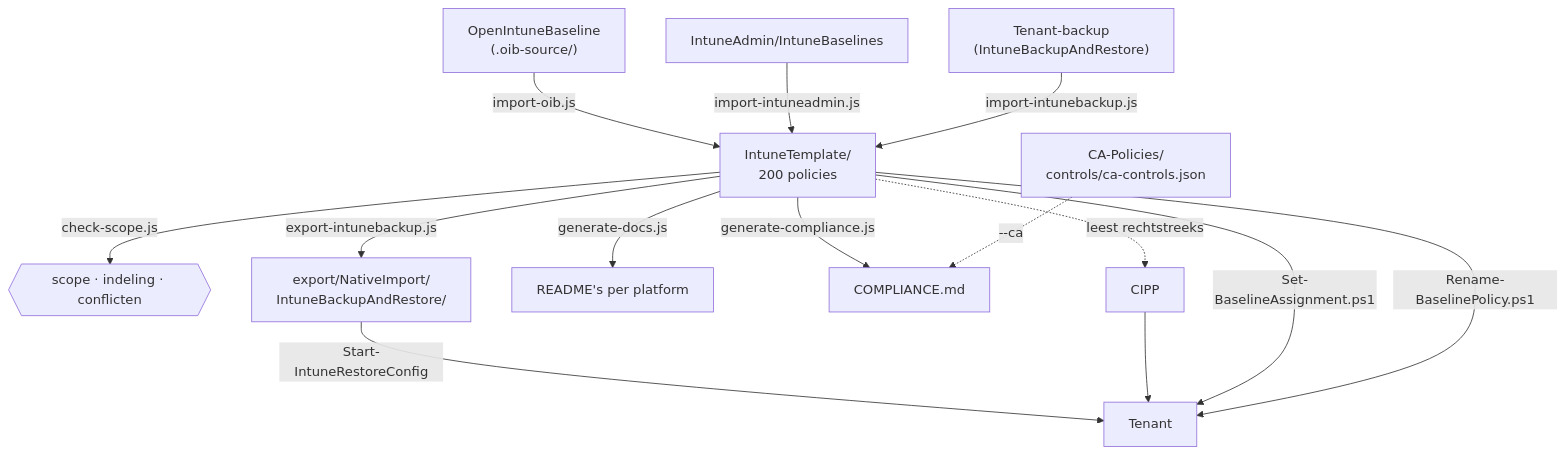
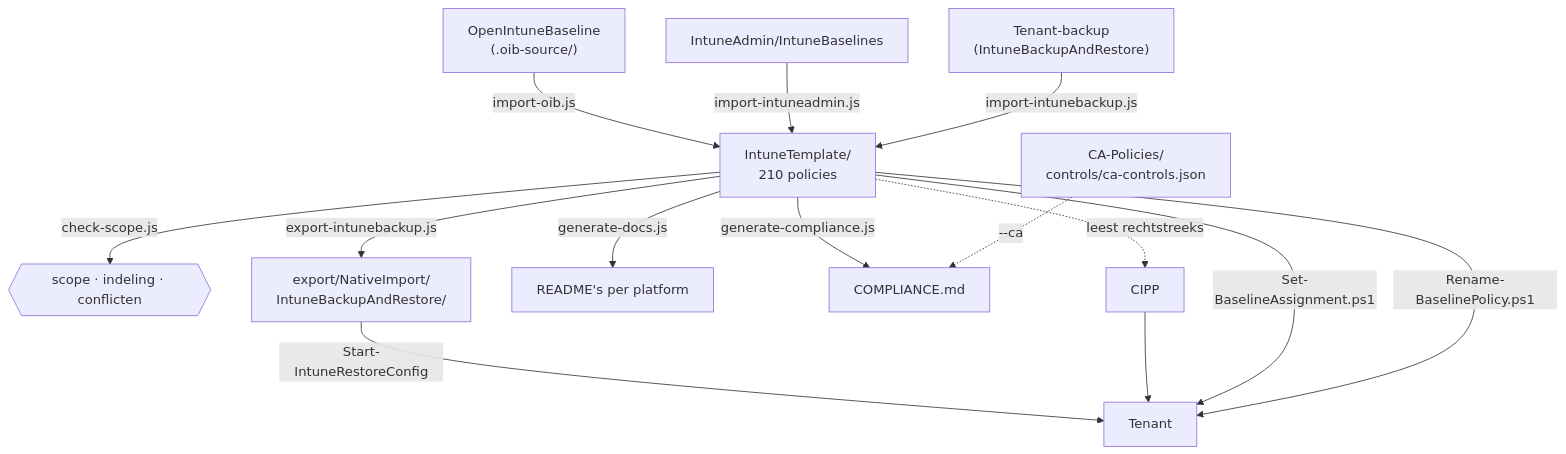
The diagram in scripts/README.md (sjkanon/IntuneBackup), drawn with Mermaid before and after one commit. The commit also changed 47 other files, not shown here.

````diff
--- a/scripts/README.md
+++ b/scripts/README.md
@@ -9,17 +9,17 @@
 ```mermaid
 flowchart TD
   OIB["OpenIntuneBaseline<br/>(.oib-source/)"] -->|import-oib.js| T
   IA["IntuneAdmin/IntuneBaselines"] -->|import-intuneadmin.js| T
   TEN["Tenant-backup<br/>(IntuneBackupAndRestore)"] -->|import-intunebackup.js| T
-  T["IntuneTemplate/<br/>200 policies"]
+  T["IntuneTemplate/<br/>210 policies"]
   T -->|check-scope.js| CHK{{"scope · indeling · conflicten"}}
   T -->|export-intunebackup.js| EX["export/NativeImport/<br/>IntuneBackupAndRestore/"]
   T -->|generate-docs.js| DOC["README's per platform"]
   T -->|generate-compliance.js| CMP["COMPLIANCE.md"]
   CA["CA-Policies/<br/>controls/ca-controls.json"] -.->|--ca| CMP
   T -.->|leest rechtstreeks| CIPP["CIPP"]
   EX -->|Start-IntuneRestoreConfig| TENANT["Tenant"]
   CIPP --> TENANT
   T -->|Set-BaselineAssignment.ps1| TENANT
   T -->|Rename-BaselinePolicy.ps1| TENANT
 ```
````
